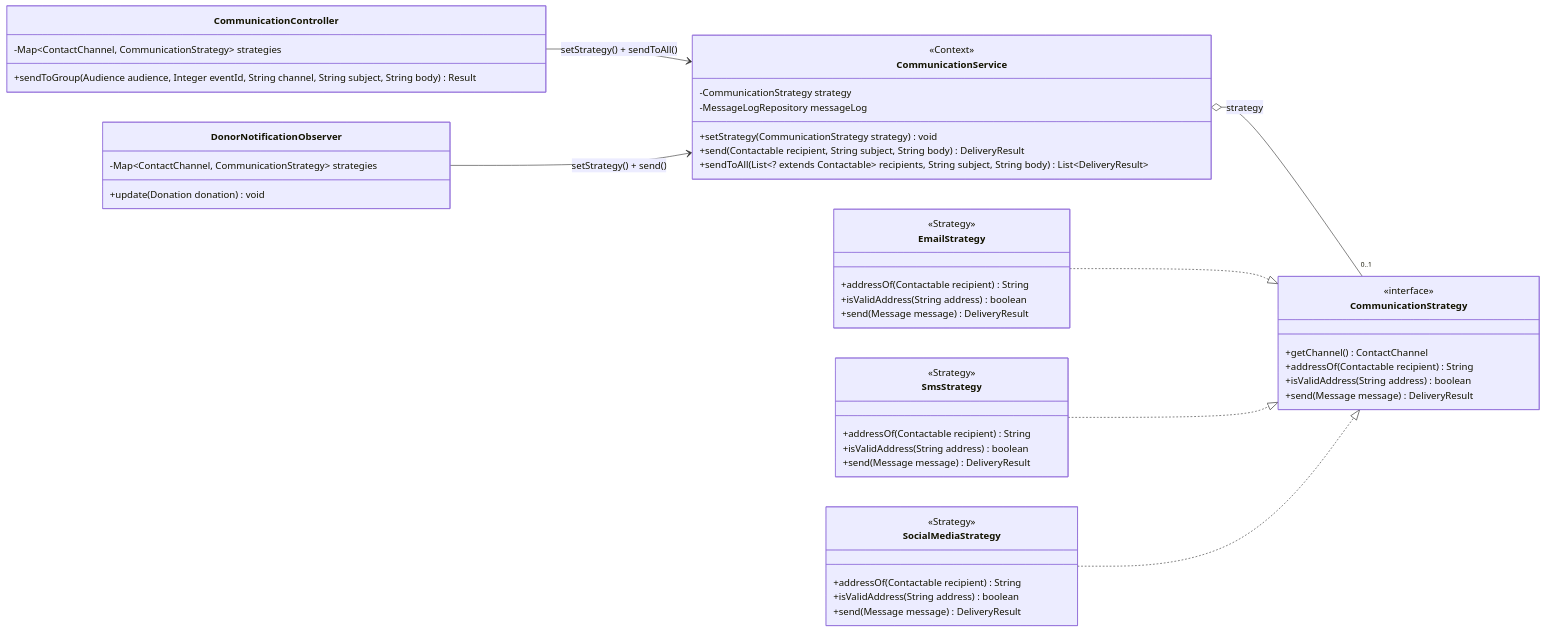
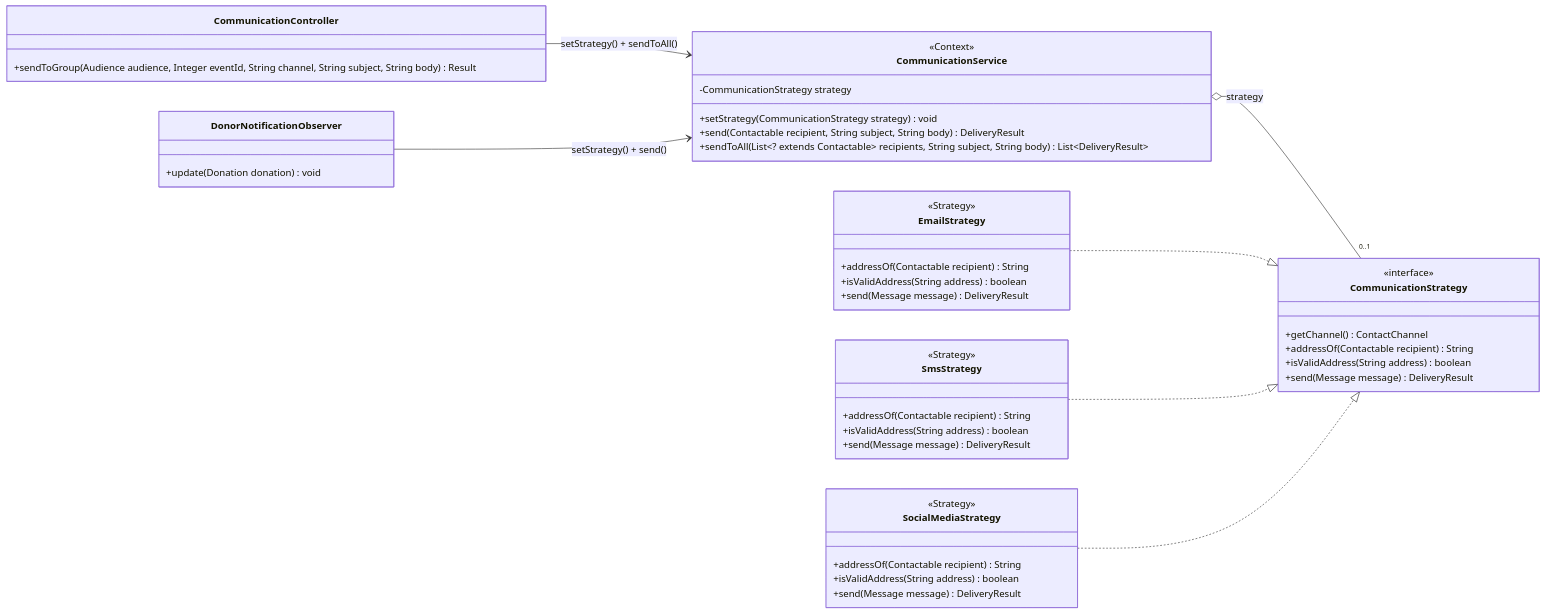
Before and after one commit to Abdallah1707/Ripple: the second of 7 diagrams in docs/class-diagram.md, drawn with Mermaid. The commit also changed other lines of this file and 6 other files, not shown here.

````diff
--- a/docs/class-diagram.md
+++ b/docs/class-diagram.md
@@ -1027,51 +925,48 @@
 ```mermaid
 classDiagram
 direction LR
 class CommunicationService {
     <<Context>>
     -CommunicationStrategy strategy
-    -MessageLogRepository messageLog
     +setStrategy(CommunicationStrategy strategy) void
     +send(Contactable recipient, String subject, String body) DeliveryResult
     +sendToAll(List~? extends Contactable~ recipients, String subject, String body) List~DeliveryResult~
 }
 class CommunicationStrategy {
     <<interface>>
     +getChannel() ContactChannel
     +addressOf(Contactable recipient) String
     +isValidAddress(String address) boolean
     +send(Message message) DeliveryResult
 }
 class EmailStrategy {
     <<Strategy>>
     +addressOf(Contactable recipient) String
     +isValidAddress(String address) boolean
     +send(Message message) DeliveryResult
 }
 class SmsStrategy {
     <<Strategy>>
     +addressOf(Contactable recipient) String
     +isValidAddress(String address) boolean
     +send(Message message) DeliveryResult
 }
 class SocialMediaStrategy {
     <<Strategy>>
     +addressOf(Contactable recipient) String
     +isValidAddress(String address) boolean
     +send(Message message) DeliveryResult
 }
 class CommunicationController {
-    -Map~ContactChannel, CommunicationStrategy~ strategies
     +sendToGroup(Audience audience, Integer eventId, String channel, String subject, String body) Result
 }
 class DonorNotificationObserver {
-    -Map~ContactChannel, CommunicationStrategy~ strategies
     +update(Donation donation) void
 }
 CommunicationService o-- "0..1" CommunicationStrategy : strategy
 EmailStrategy ..|> CommunicationStrategy
 SmsStrategy ..|> CommunicationStrategy
 SocialMediaStrategy ..|> CommunicationStrategy
 CommunicationController --> CommunicationService : setStrategy() + sendToAll()
 DonorNotificationObserver --> CommunicationService : setStrategy() + send()
 ```
````
